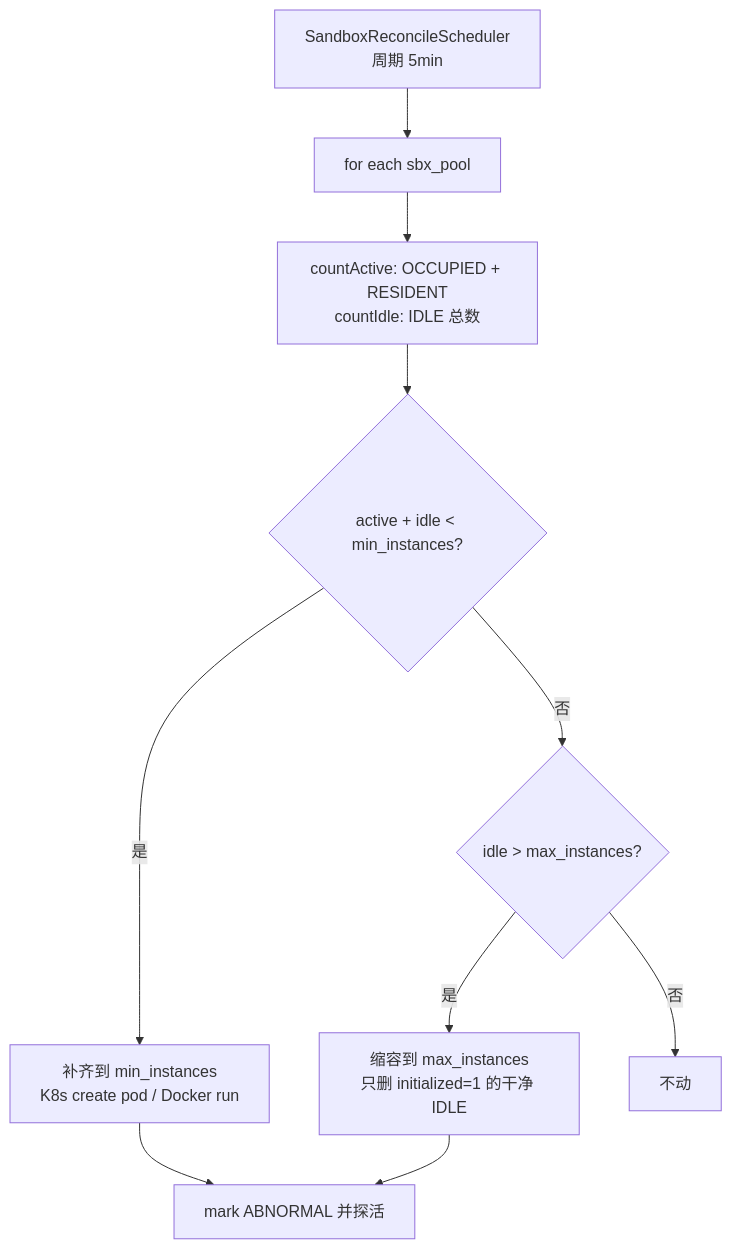
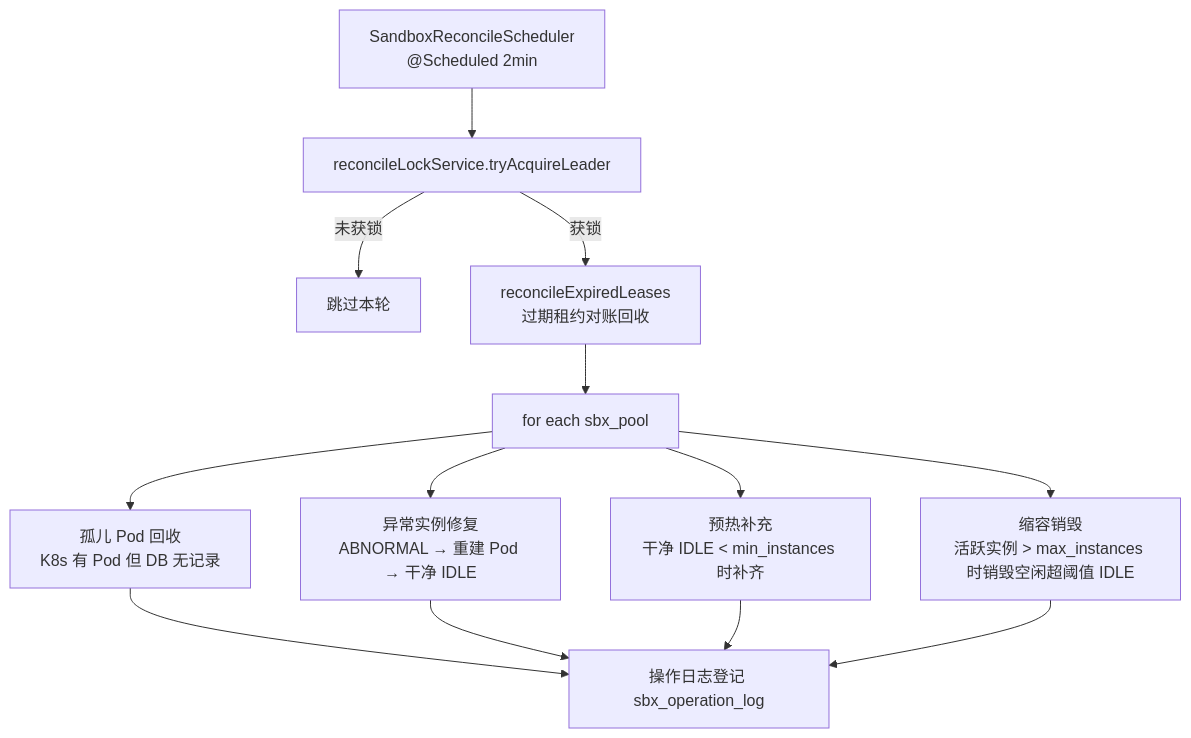
Before and after one commit to HarnessAgentStack/AegisAgent: the fourth of 5 diagrams in docs/sandbox-allocation-and-recycling.md, drawn with Mermaid. The commit also changed other lines of this file and 5 other files, not shown here.

````diff
--- a/docs/sandbox-allocation-and-recycling.md
+++ b/docs/sandbox-allocation-and-recycling.md
@@ -408,13 +249,17 @@
 ```mermaid
 flowchart TD
-    A["SandboxReconcileScheduler<br/>周期 5min"] --> B["for each sbx_pool"]
-    B --> C["countActive: OCCUPIED + RESIDENT<br/>countIdle: IDLE 总数"]
-    C --> D{active + idle < min_instances?}
-    D -->|是| E["补齐到 min_instances<br/>K8s create pod / Docker run"]
-    D -->|否| F{idle > max_instances?}
-    F -->|是| G["缩容到 max_instances<br/>只删 initialized=1 的干净 IDLE"]
-    F -->|否| H["不动"]
+    A["SandboxReconcileScheduler<br/>@Scheduled 2min"] --> B["reconcileLockService.tryAcquireLeader"]
+    B -->|未获锁| Z["跳过本轮"]
+    B -->|获锁| C["reconcileExpiredLeases<br/>过期租约对账回收"]
+    C --> D["for each sbx_pool"]
 
-    E --> I["mark ABNORMAL 并探活"]
-    G --> I
+    D --> E1["孤儿 Pod 回收<br/>K8s 有 Pod 但 DB 无记录"]
+    D --> E2["异常实例修复<br/>ABNORMAL → 重建 Pod → 干净 IDLE"]
+    D --> E3["预热补充<br/>干净 IDLE < min_instances 时补齐"]
+    D --> E4["缩容销毁<br/>活跃实例 > max_instances 时销毁空闲超阈值 IDLE"]
+
+    E1 --> F["操作日志登记 sbx_operation_log"]
+    E2 --> F
+    E3 --> F
+    E4 --> F
 ```
````
